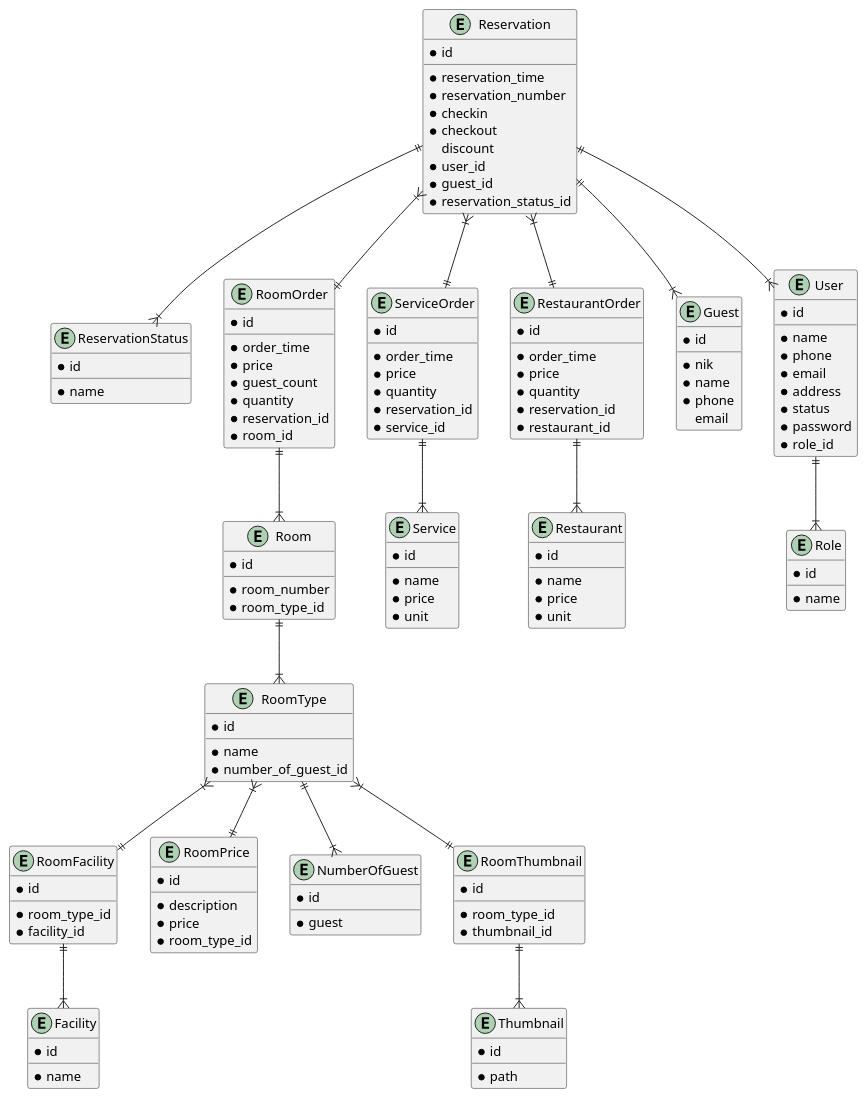
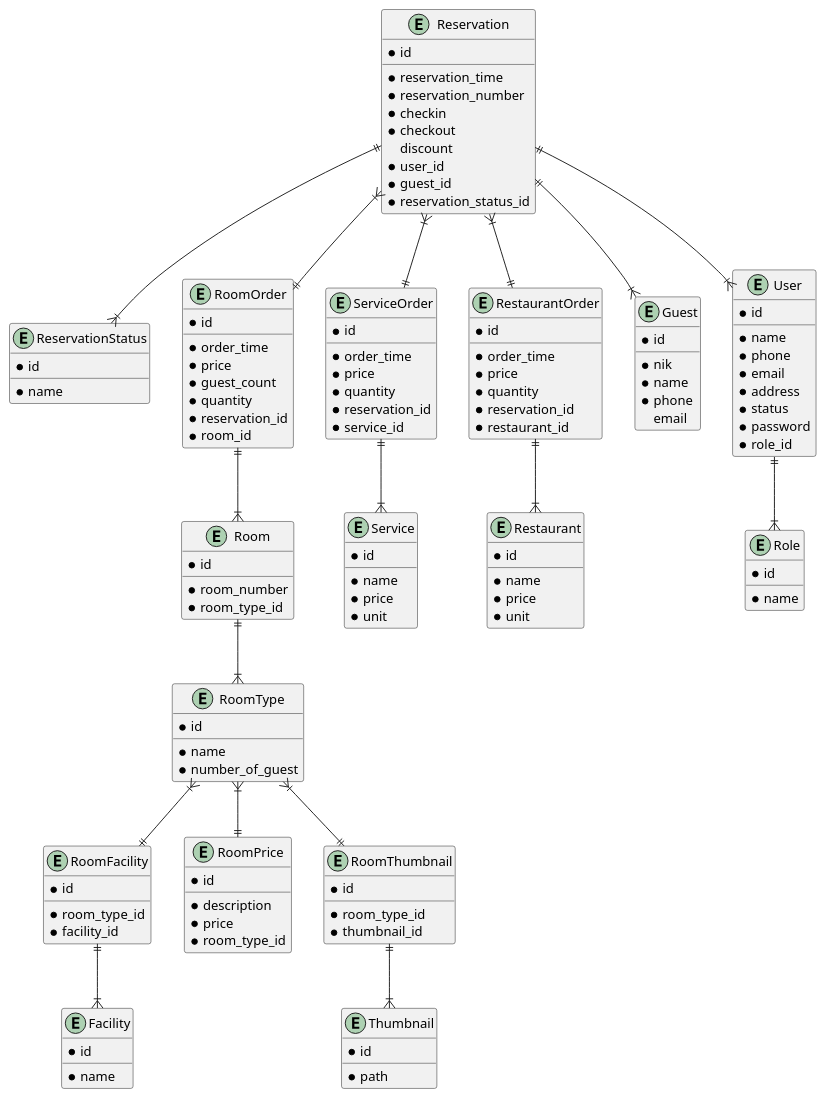
Before and after one commit to MuhammadIqbalAfandi/semuwainn: the diagram in designs/diagrams/database.puml, drawn with PlantUML. The commit also changed 42 other files, not shown here.

```diff
--- a/designs/diagrams/database.puml
+++ b/designs/diagrams/database.puml
@@ -1,167 +1,160 @@
 @startuml Semuwainn
   entity Reservation {
     * id
     __
     * reservation_time
     * reservation_number
     * checkin
     * checkout
     discount
     * user_id
     * guest_id
     * reservation_status_id
   }
 
   entity ReservationStatus {
     * id
     __
     * name
   }
 
   entity RoomOrder {
     * id
     __
     * order_time
     * price
     * guest_count
     * quantity
     * reservation_id
     * room_id
   }
 
   entity ServiceOrder {
     * id
     __
     * order_time
     * price
     * quantity
     * reservation_id
     * service_id
   }
 
   entity Service {
     * id
     __
     * name
     * price
     * unit
   }
 
     entity RestaurantOrder {
     * id
     __
     * order_time
     * price
     * quantity
     * reservation_id
     * restaurant_id
   }
 
   entity Restaurant {
     * id
     __
     * name
     * price
     * unit
   }
 
   entity Guest {
     * id
     __
     * nik
     * name
     * phone
     email
   }
 
   entity User {
     * id
     __
     * name
     * phone
     * email
     * address
     * status
     * password
     * role_id
   }
 
   entity Role {
     * id
     __
     * name
   }
 
   entity RoomFacility {
     * id
     __
     * room_type_id
     * facility_id
   }
 
   entity Room {
     * id
     __
     * room_number
     * room_type_id
   }
 
   entity RoomType {
     * id
     __
     * name
-    * number_of_guest_id
+    * number_of_guest
   }
 
   entity RoomPrice {
     * id
     __
     * description
     * price
     * room_type_id
   }
 
   entity Facility {
     * id
     __
     * name
-  }
-
-  entity NumberOfGuest {
-    * id
-    __
-    * guest
   }
 
   entity RoomThumbnail {
     * id
     __
     * room_type_id
     * thumbnail_id
   }
 
   entity Thumbnail {
     * id
     __
     * path
   }
 
   Reservation ||--|{ ReservationStatus
   Reservation }|--|| RestaurantOrder
   Reservation }|--|| ServiceOrder
   Reservation ||--|{ User
   Reservation ||--|{ Guest
   Reservation }|--|| RoomOrder
   RoomOrder ||--|{ Room
   Room ||--|{ RoomType
   RoomType }|--|| RoomPrice
   RoomType }|--|| RoomFacility
-  RoomType ||--|{ NumberOfGuest
   RoomType }|--|| RoomThumbnail
   RoomFacility ||--|{ Facility
   RoomThumbnail ||--|{ Thumbnail
   ServiceOrder ||--|{ Service
   RestaurantOrder ||--|{ Restaurant
   User ||--|{ Role
 
 @enduml
```
